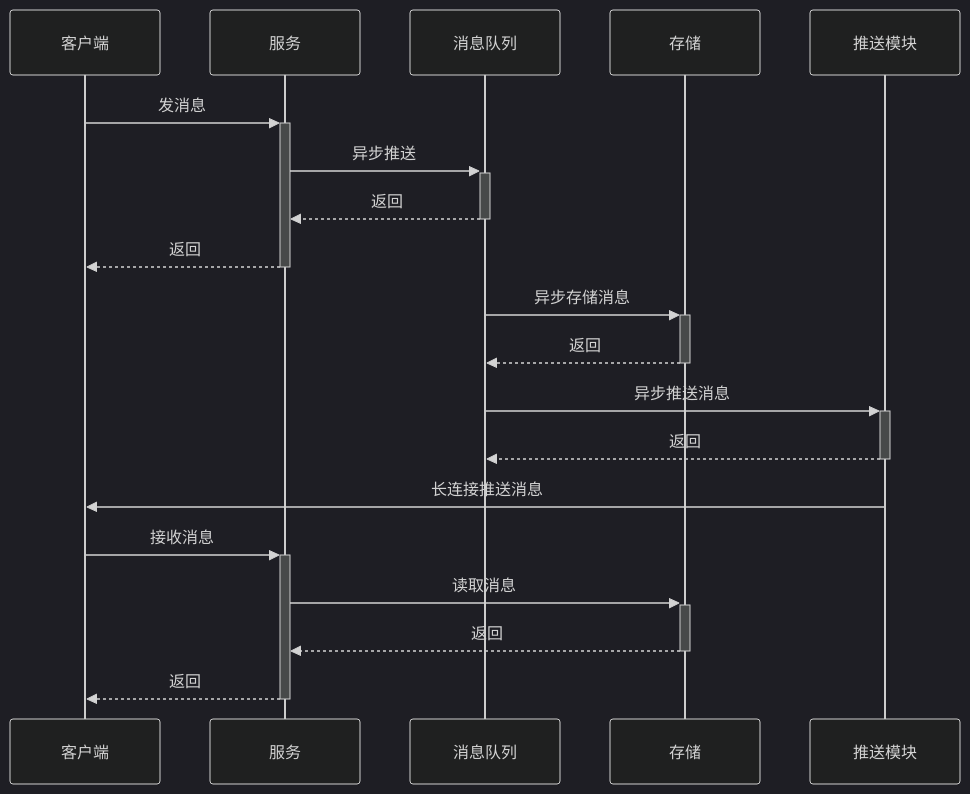
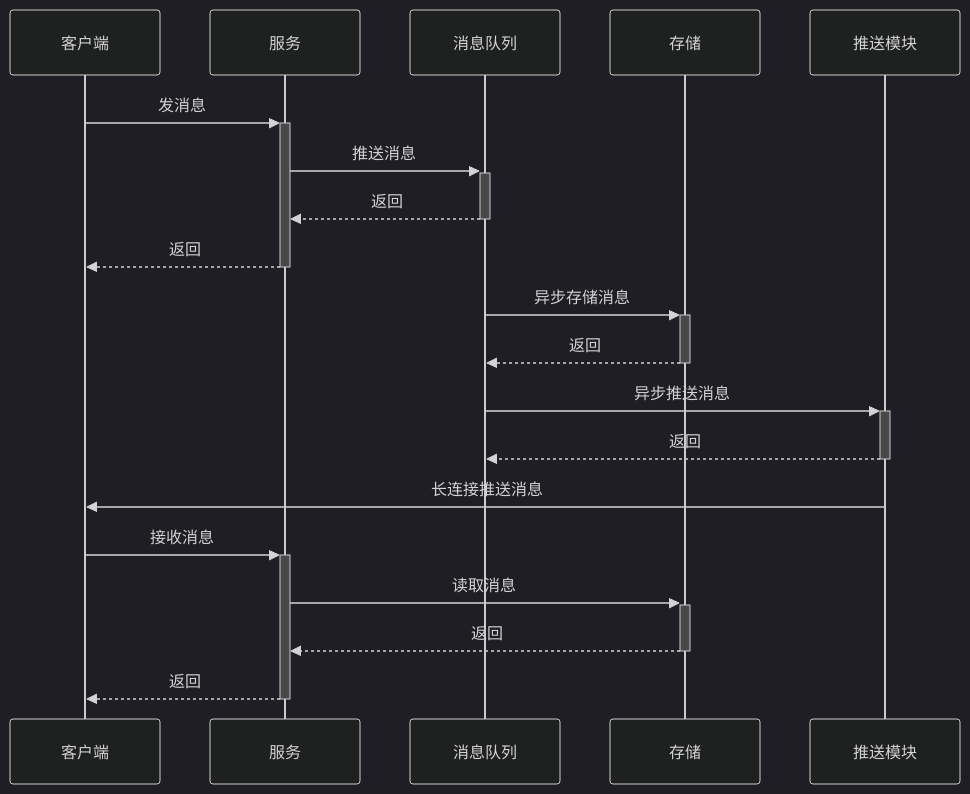
One commit to summer-like-coding/chat-system changed the first of 3 diagrams in docs/3.sequence.md. Above: the diagram before and after it, drawn with Mermaid (dark theme). The commit also changed other lines of this file and 8 other files, not shown here.

````diff
--- a/docs/3.sequence.md
+++ b/docs/3.sequence.md
@@ -7,19 +7,19 @@
 ```mermaid
 sequenceDiagram
   客户端 ->>+ 服务: 发消息
-  服务 ->>+ 消息队列: 异步推送
+  服务 ->>+ 消息队列: 推送消息
   消息队列 -->>- 服务: 返回
   服务 -->>- 客户端: 返回
 
   消息队列 ->>+ 存储: 异步存储消息
   存储 -->>- 消息队列: 返回
 
   消息队列 ->>+ 推送模块: 异步推送消息
   推送模块 -->>- 消息队列: 返回
 
   推送模块 ->> 客户端: 长连接推送消息
   客户端 ->>+ 服务: 接收消息
   服务 ->>+ 存储: 读取消息
   存储 -->>- 服务: 返回
   服务 -->>- 客户端: 返回
 ```
````
